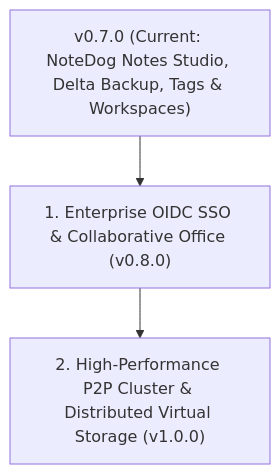
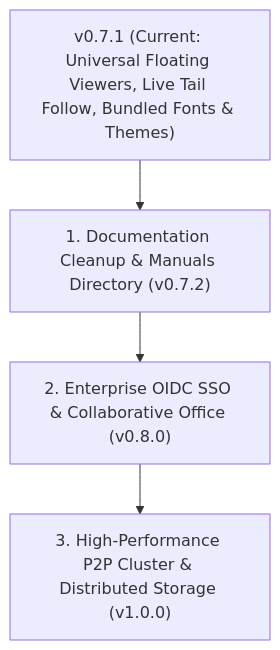
The first of 2 diagrams in ROADMAP.md (Woofson/commanderdog), drawn with Mermaid before and after one commit. The commit also changed other lines of this file and 2 other files, not shown here.

Commit message:
docs: align roadmap, changelog, and gemini rules for v0.7.1

````diff
--- a/ROADMAP.md
+++ b/ROADMAP.md
@@ -146,5 +161,6 @@
 ```mermaid
 graph TD
-    A["v0.7.0 (Current: NoteDog Notes Studio, Delta Backup, Tags & Workspaces)"] --> B["1. Enterprise OIDC SSO & Collaborative Office (v0.8.0)"]
-    B --> C["2. High-Performance P2P Cluster & Distributed Virtual Storage (v1.0.0)"]
+    A["v0.7.1 (Current: Universal Floating Viewers, Live Tail Follow, Bundled Fonts & Themes)"] --> B["1. Documentation Cleanup & Manuals Directory (v0.7.2)"]
+    B --> C["2. Enterprise OIDC SSO & Collaborative Office (v0.8.0)"]
+    C --> D["3. High-Performance P2P Cluster & Distributed Storage (v1.0.0)"]
 ```
````
